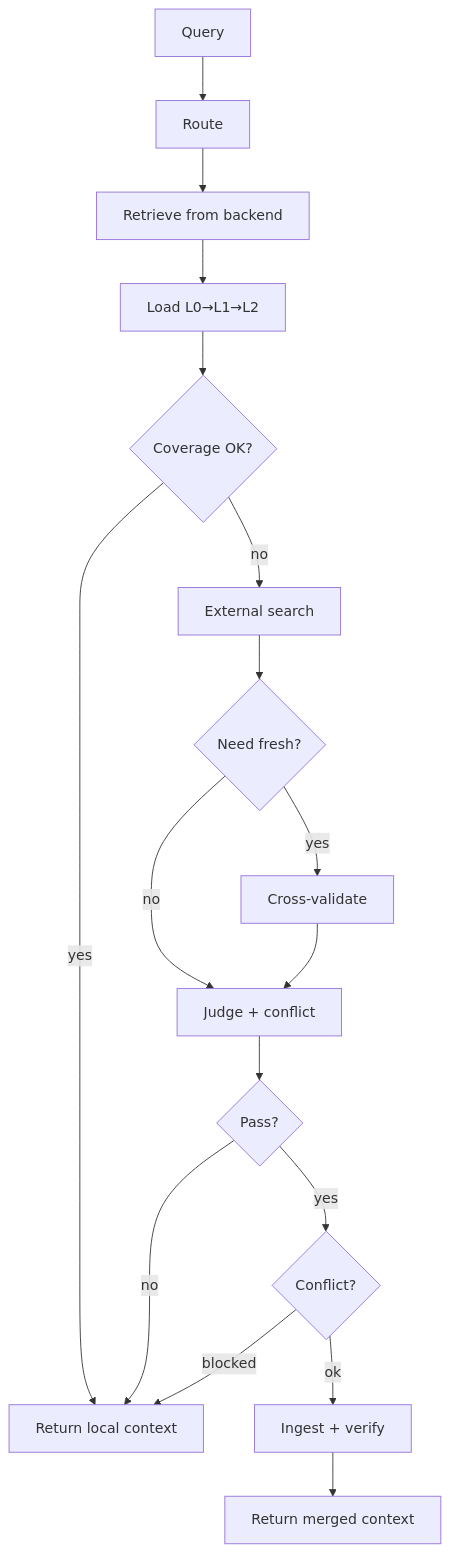
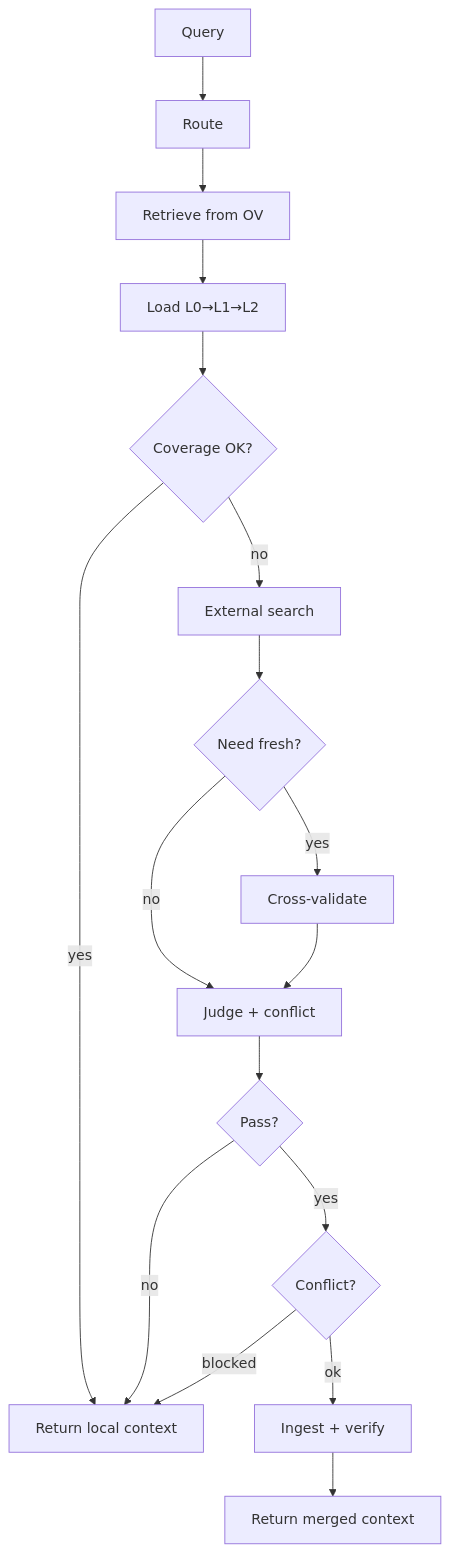
One commit to ponsde/OpenViking_Curator changed the diagram in README.md. Above: the diagram before and after it, drawn with Mermaid. The commit also changed other lines of this file and 2 other files, not shown here.

````diff
--- a/README.md
+++ b/README.md
@@ -12,19 +12,19 @@
 ```mermaid
 flowchart TD
     Q[Query] --> R[Route]
-    R --> OV[Retrieve from backend]
+    R --> OV[Retrieve from OV]
     OV --> L[Load L0→L1→L2]
     L --> COV{Coverage OK?}
     COV -- yes --> OUT1[Return local context]
     COV -- no --> EXT[External search]
     EXT --> F{Need fresh?}
     F -- yes --> CV[Cross-validate]
     F -- no --> J
     CV --> J[Judge + conflict]
     J --> P{Pass?}
     P -- no --> OUT1
     P -- yes --> C{Conflict?}
     C -- blocked --> OUT1
     C -- ok --> ING[Ingest + verify]
     ING --> OUT2[Return merged context]
 ```
````
